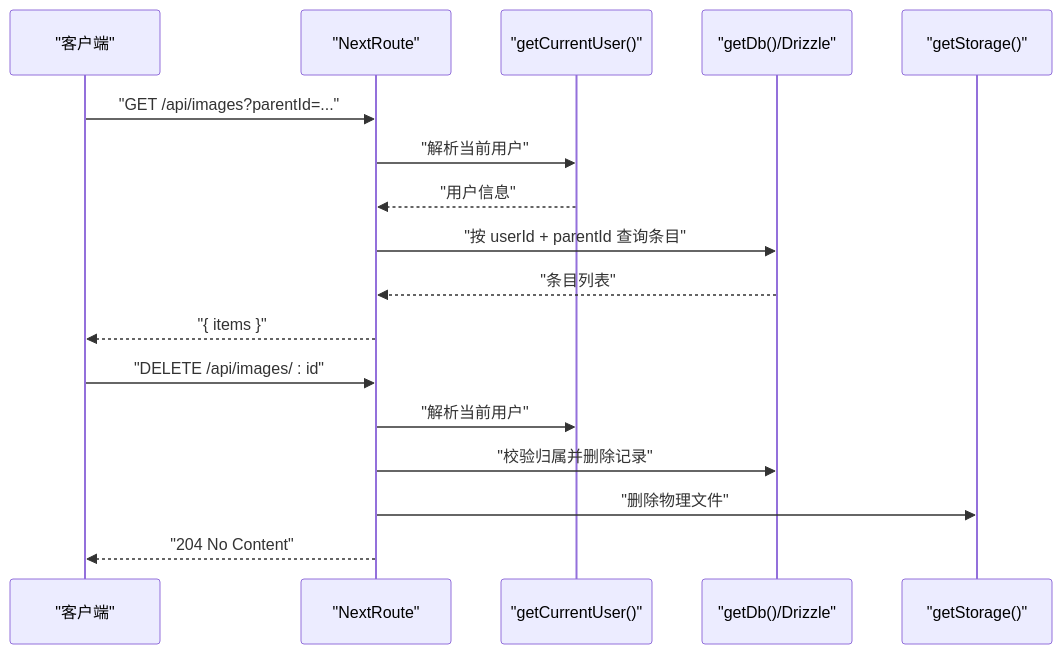
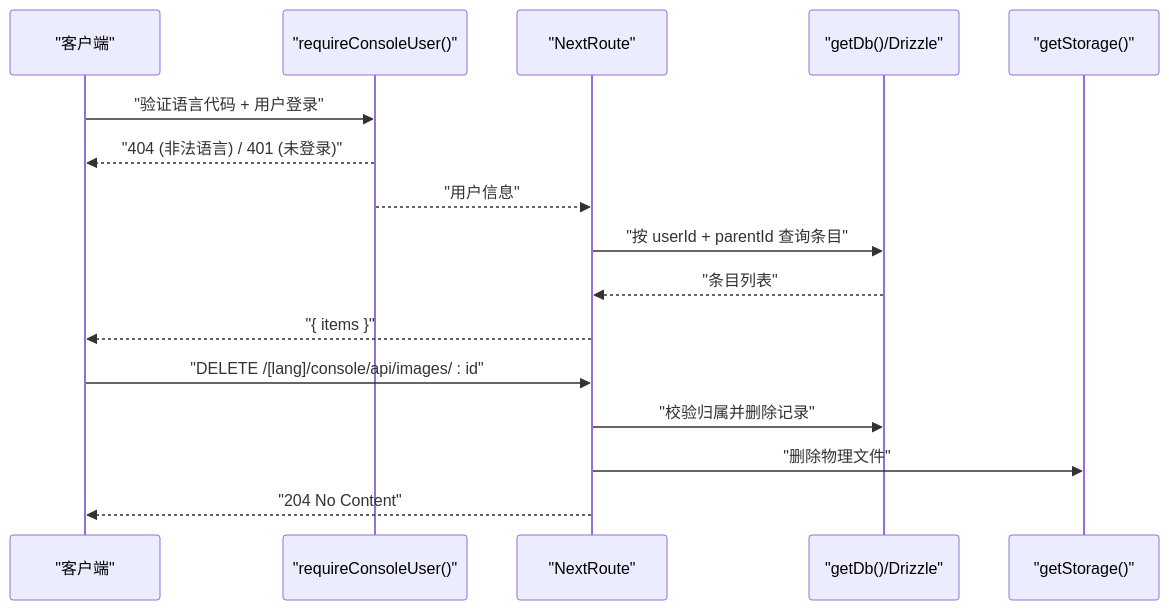
The second of 3 diagrams in .qoder/repowiki/zh/content/API 接口文档/图片管理 API.md (pnnh/weable), drawn with Mermaid before and after one commit. The commit also changed other lines of this file and 159 other files, not shown here.

````diff
--- a/.qoder/repowiki/zh/content/API 接口文档/图片管理 API.md
+++ b/.qoder/repowiki/zh/content/API 接口文档/图片管理 API.md
@@ -120,19 +128,18 @@
 ```mermaid
 sequenceDiagram
 participant Client as "客户端"
+participant Gate as "requireConsoleUser()"
 participant Route as "NextRoute"
-participant Auth as "getCurrentUser()"
 participant DB as "getDb()/Drizzle"
 participant Store as "getStorage()"
-Client->>Route : "GET /api/images?parentId=..."
-Route->>Auth : "解析当前用户"
-Auth-->>Route : "用户信息"
+Client->>Gate : "验证语言代码 + 用户登录"
+Gate-->>Client : "404 (非法语言) / 401 (未登录)"
+Gate-->>Route : "用户信息"
 Route->>DB : "按 userId + parentId 查询条目"
 DB-->>Route : "条目列表"
 Route-->>Client : "{ items }"
-Client->>Route : "DELETE /api/images/ : id"
-Route->>Auth : "解析当前用户"
+Client->>Route : "DELETE /[lang]/console/api/images/ : id"
 Route->>DB : "校验归属并删除记录"
 Route->>Store : "删除物理文件"
 Route-->>Client : "204 No Content"
 ```
````
